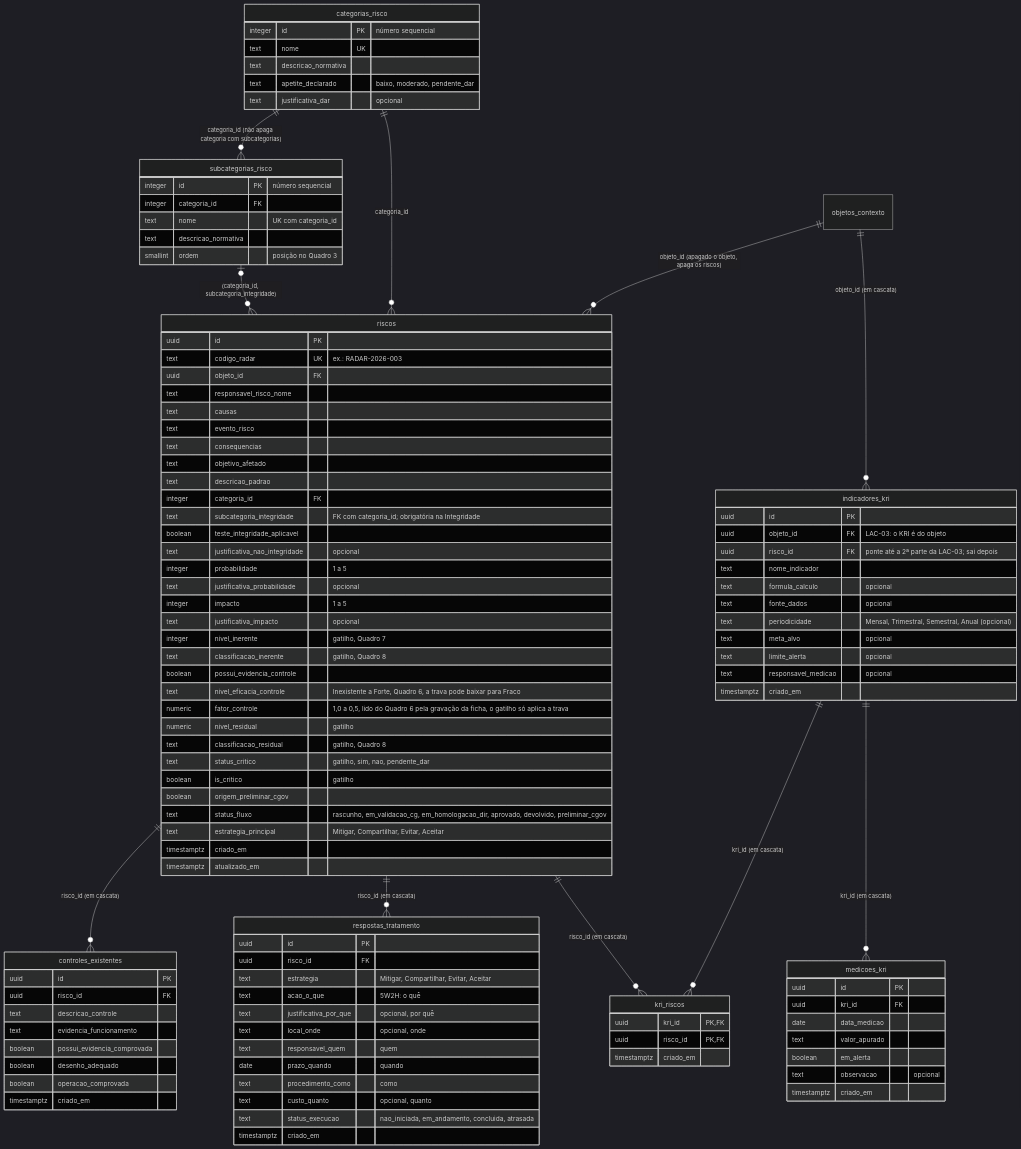
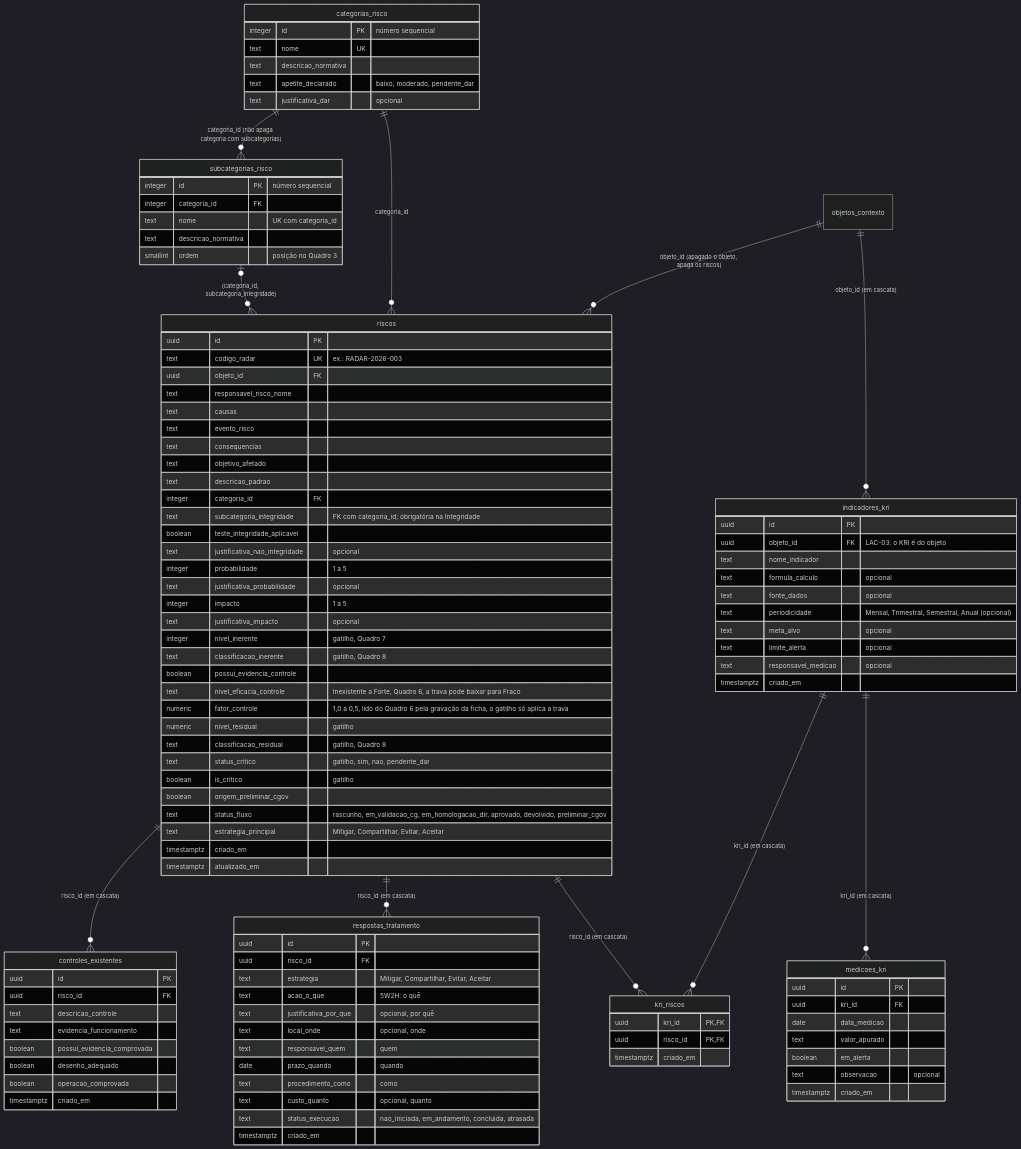
Before and after one commit to lpchagas/cgov-riscos: the second of 3 diagrams in docs/40-nivel4-dados/der-logico.md, drawn with Mermaid (dark theme). The commit also changed other lines of this file and 11 other files, not shown here.

```diff
--- a/docs/40-nivel4-dados/der-logico.md
+++ b/docs/40-nivel4-dados/der-logico.md
@@ -181,7 +181,6 @@
     indicadores_kri {
         uuid id PK
         uuid objeto_id FK "LAC-03: o KRI é do objeto"
-        uuid risco_id FK "ponte até a 2ª parte da LAC-03; sai depois"
         text nome_indicador
         text formula_calculo "opcional"
         text fonte_dados "opcional"
```
